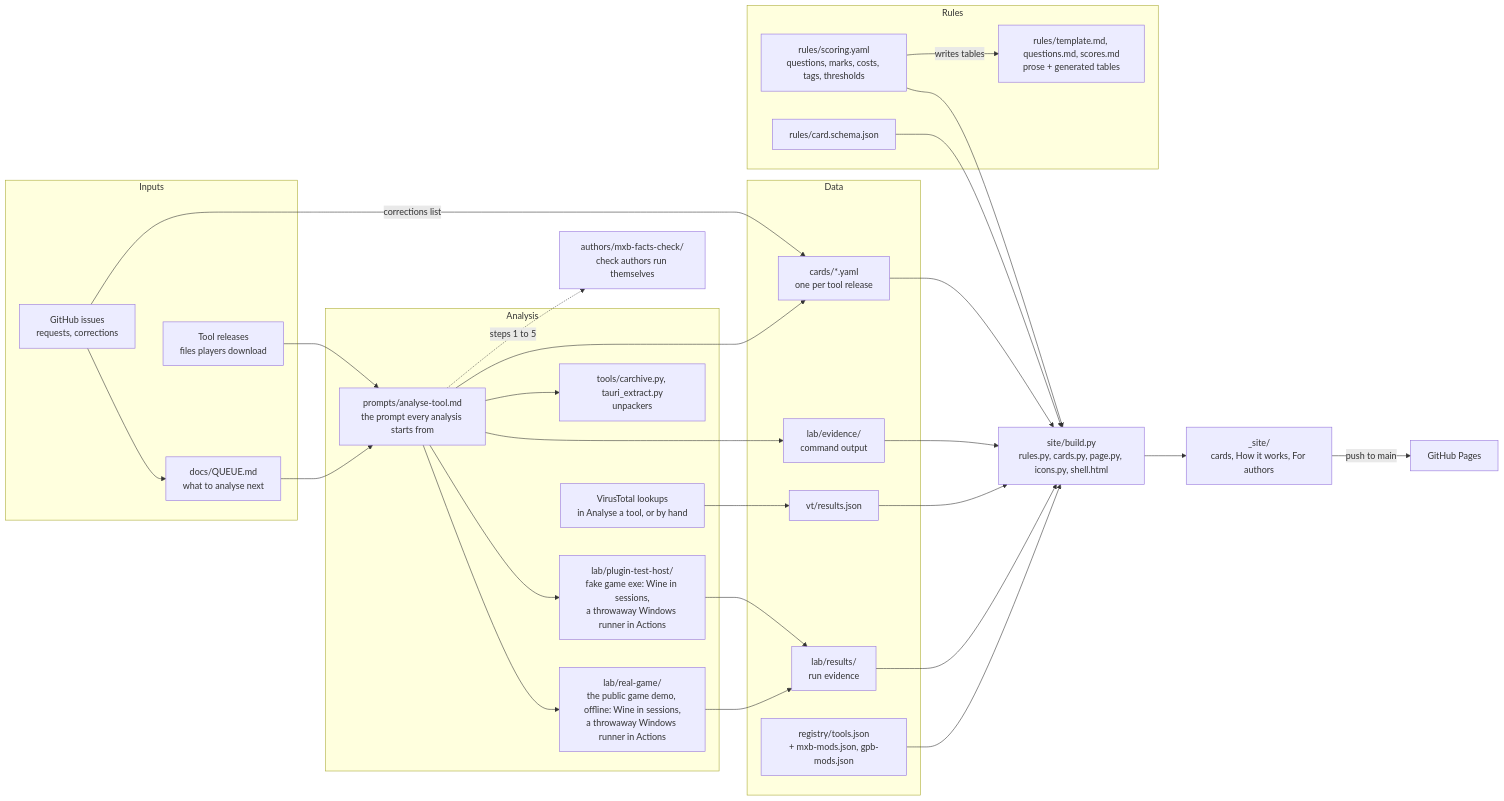
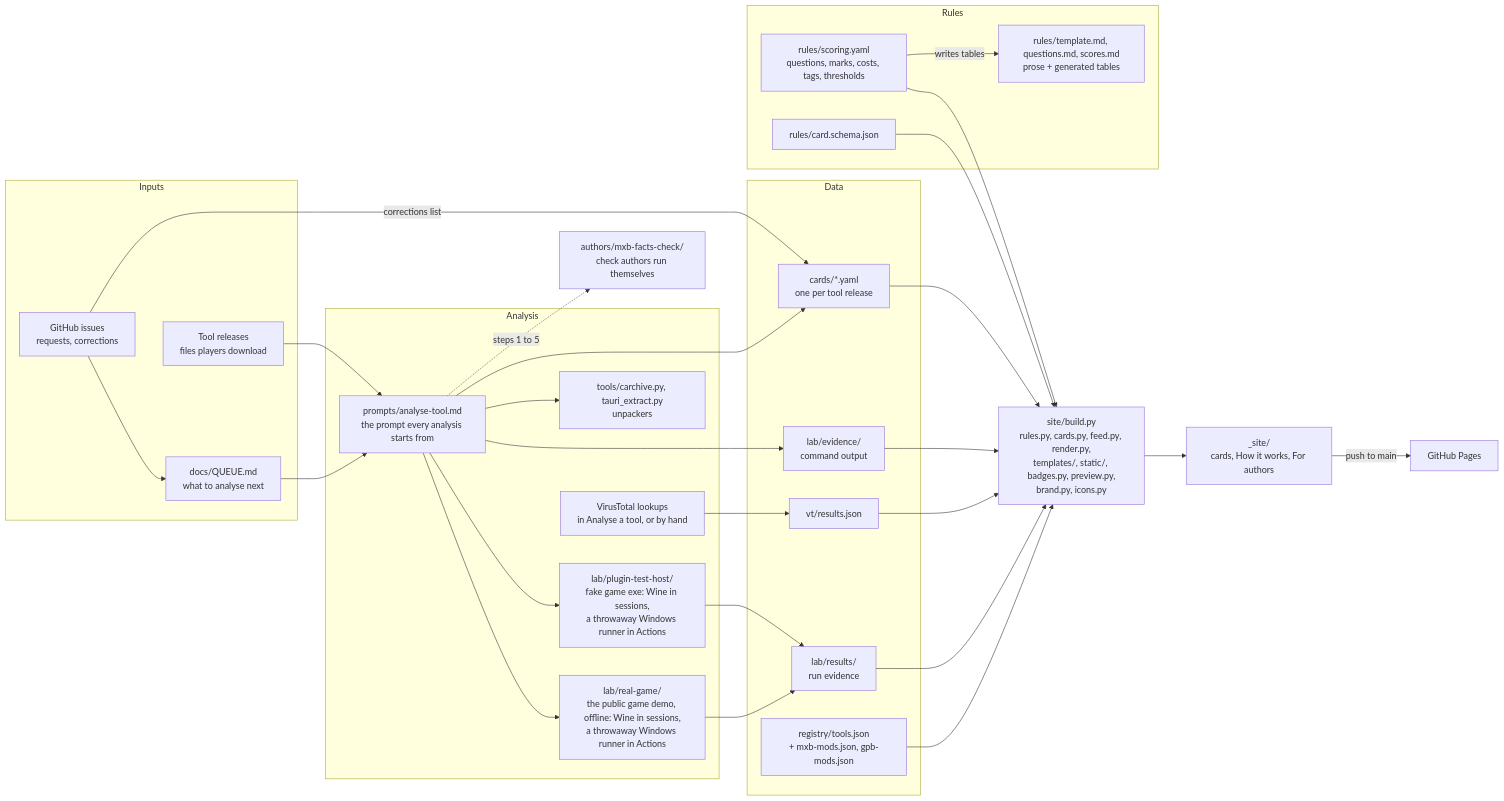
The diagram in docs/DEVELOPING.md (thomas4f/mxb-facts), drawn with Mermaid before and after one commit. The commit also changed other lines of this file and 81 other files, not shown here.

First line of the commit message:
Rebuild the site from a public data feed, in the pit board design (#74)

````diff
--- a/docs/DEVELOPING.md
+++ b/docs/DEVELOPING.md
@@ -7,55 +7,55 @@
 ```mermaid
 flowchart LR
   subgraph In["Inputs"]
     Q["docs/QUEUE.md<br/>what to analyse next"]
     I["GitHub issues<br/>requests, corrections"]
     R["Tool releases<br/>files players download"]
   end
 
   subgraph Analyse["Analysis"]
     P["prompts/analyse-tool.md<br/>the prompt every analysis starts from"]
     RG["lab/real-game/<br/>the public game demo, offline: Wine in sessions,<br/>a throwaway Windows runner in Actions"]
     L["lab/plugin-test-host/<br/>fake game exe: Wine in sessions,<br/>a throwaway Windows runner in Actions"]
     U["tools/carchive.py, tauri_extract.py<br/>unpackers"]
     VT["VirusTotal lookups<br/>in Analyse a tool, or by hand"]
   end
 
   subgraph Data["Data"]
     C["cards/*.yaml<br/>one per tool release"]
     LR["lab/results/<br/>run evidence"]
     EV["lab/evidence/<br/>command output"]
     V["vt/results.json"]
     REG["registry/tools.json<br/>+ mxb-mods.json, gpb-mods.json"]
   end
 
   subgraph Rules["Rules"]
     S["rules/scoring.yaml<br/>questions, marks, costs, tags, thresholds"]
     SC["rules/card.schema.json"]
     T["rules/template.md, questions.md, scores.md<br/>prose + generated tables"]
   end
 
-  B["site/build.py<br/>rules.py, cards.py, page.py, icons.py, shell.html"]
+  B["site/build.py<br/>rules.py, cards.py, feed.py, render.py,<br/>templates/, static/, badges.py, preview.py,<br/>brand.py, icons.py"]
   O["_site/<br/>cards, How it works, For authors"]
   GP["GitHub Pages"]
   A["authors/mxb-facts-check/<br/>check authors run themselves"]
 
   Q --> P
   I --> Q
   I -->|corrections list| C
   R --> P
   P --> RG --> LR
   P --> L --> LR
   P --> EV --> B
   P --> U
   P --> C
   VT --> V
   S --> B
   SC --> B
   S -->|writes tables| T
   C --> B
   LR --> B
   V --> B
   REG --> B
   B --> O -->|push to main| GP
   P -. steps 1 to 5 .-> A
 ```
````
